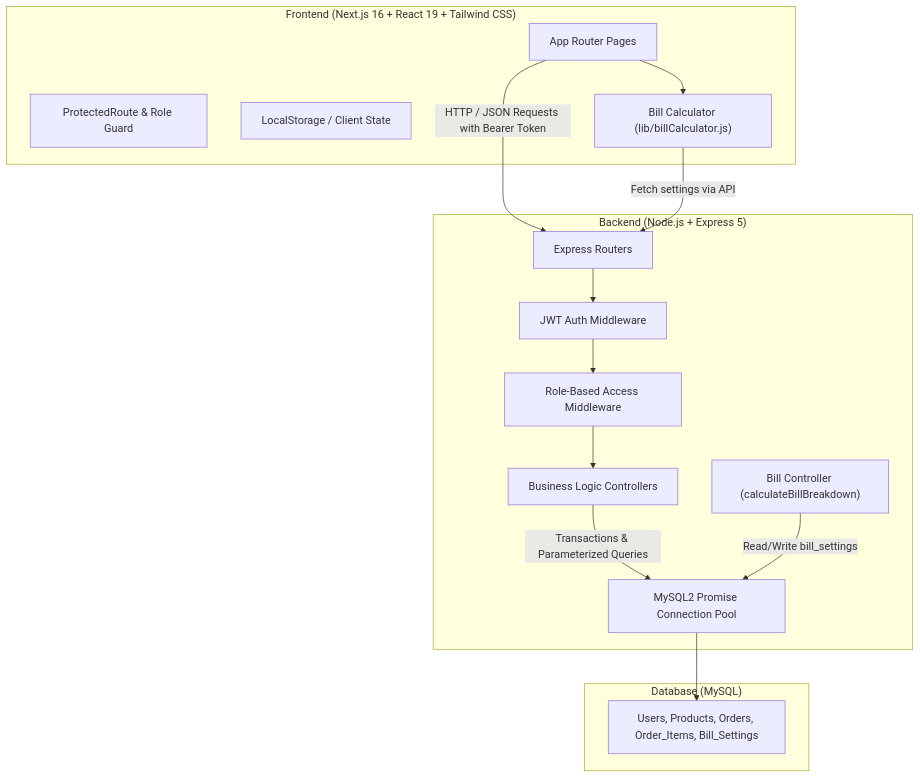
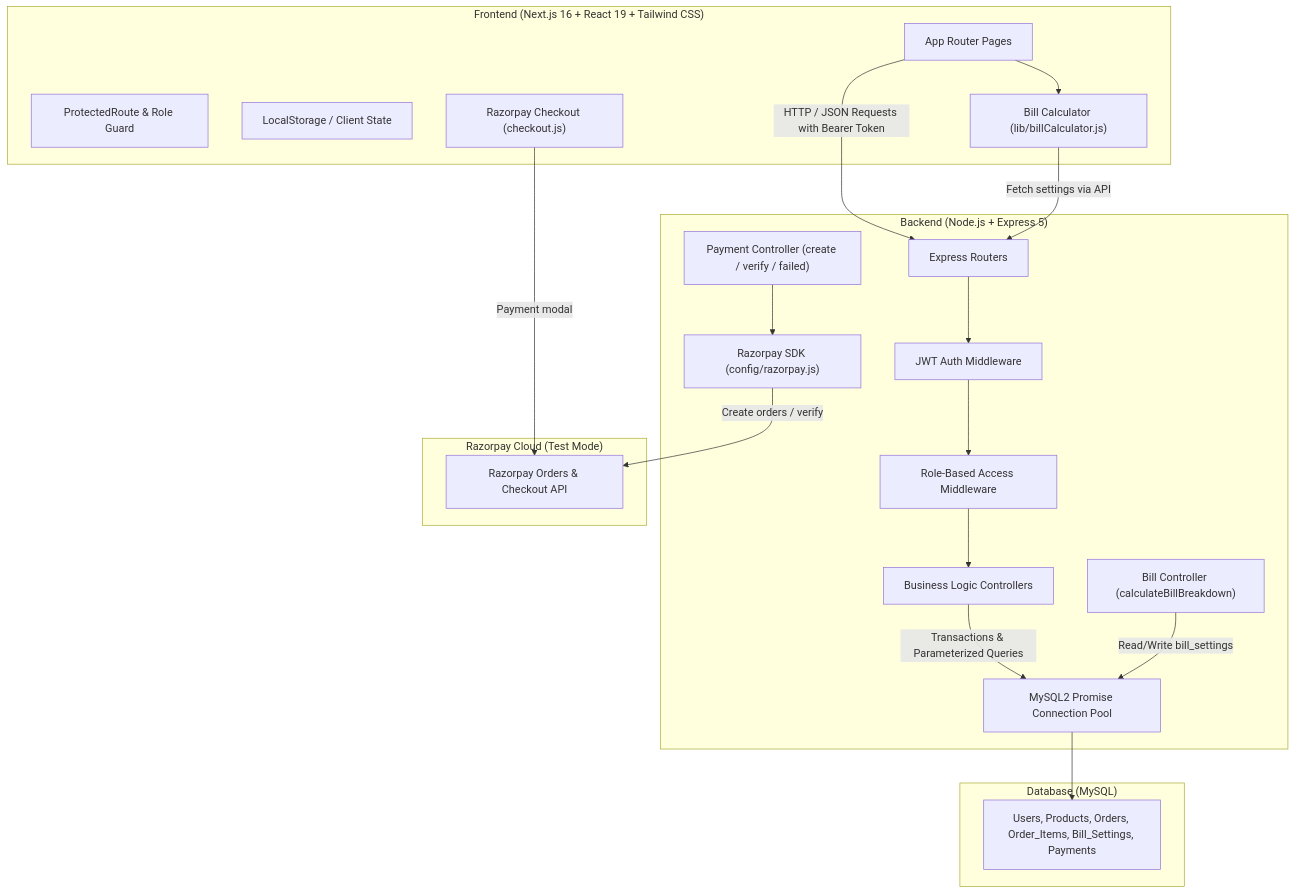
Before and after one commit to Saichowdary02/cafe-app: the first of 4 diagrams in README.md, drawn with Mermaid. The commit also changed other lines of this file and 16 other files, not shown here.

````diff
--- a/README.md
+++ b/README.md
@@ -41,32 +43,42 @@
 ```mermaid
 graph TD
     subgraph Client ["Frontend (Next.js 16 + React 19 + Tailwind CSS)"]
         UI[App Router Pages]
         AuthGuard[ProtectedRoute & Role Guard]
         State[LocalStorage / Client State]
         BillCalc["Bill Calculator (lib/billCalculator.js)"]
+        RzpCheckout["Razorpay Checkout (checkout.js)"]
     end
 
     subgraph API ["Backend (Node.js + Express 5)"]
         Router[Express Routers]
         AuthMW[JWT Auth Middleware]
         RoleMW[Role-Based Access Middleware]
         Controllers[Business Logic Controllers]
         BillCtrl["Bill Controller (calculateBillBreakdown)"]
+        PayCtrl["Payment Controller (create / verify / failed)"]
+        RzpClient["Razorpay SDK (config/razorpay.js)"]
         DBPool[MySQL2 Promise Connection Pool]
     end
 
     subgraph Storage ["Database (MySQL)"]
-        Tables["Users, Products, Orders, Order_Items, Bill_Settings"]
+        Tables["Users, Products, Orders, Order_Items, Bill_Settings, Payments"]
+    end
+
+    subgraph Gateway ["Razorpay Cloud (Test Mode)"]
+        RzpAPI["Razorpay Orders & Checkout API"]
     end
 
     UI -->|HTTP / JSON Requests with Bearer Token| Router
+    RzpCheckout -->|Payment modal| RzpAPI
     Router --> AuthMW
     AuthMW --> RoleMW
     RoleMW --> Controllers
+    PayCtrl --> RzpClient
+    RzpClient -->|Create orders / verify| RzpAPI
     Controllers -->|Transactions & Parameterized Queries| DBPool
     BillCtrl -->|Read/Write bill_settings| DBPool
     DBPool --> Tables
     UI --> BillCalc
     BillCalc -->|Fetch settings via API| Router
 ```
````
